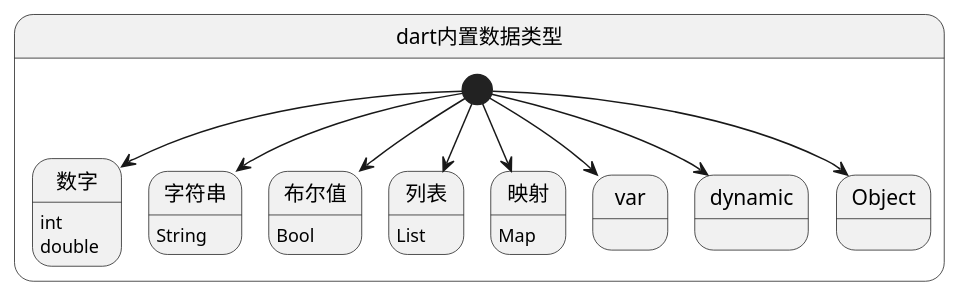
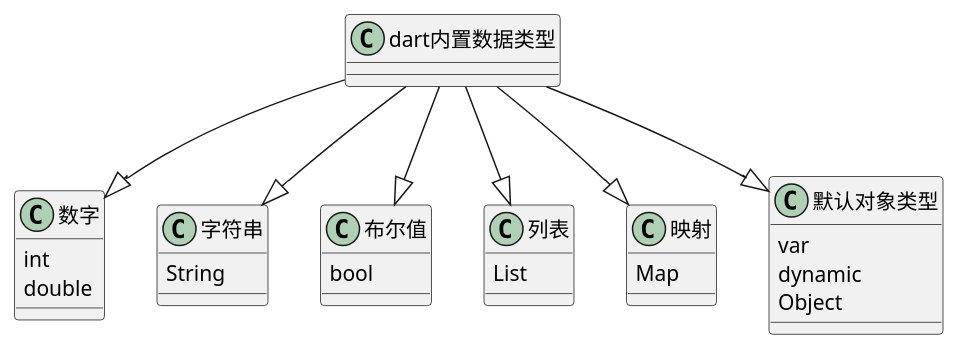
Before and after one commit to talkxin/flutter_independently: the diagram in part1/part1-1.md, drawn with PlantUML.

Commit message:
更改数据类型uml图

````diff
--- a/part1/part1-1.md
+++ b/part1/part1-1.md
@@ -45,19 +45,21 @@
 ```UML
 @startuml
-state dart内置数据类型 {
-  [*] --> 数字
-  数字 : int
-  数字 : double
-  [*] --> 字符串
-  字符串 : String
-  [*] --> 布尔值
-  布尔值 : Bool
-  [*] --> 列表
-  列表 : List
-  [*] --> 映射
-  映射 : Map
-  [*] --> var
-  [*] --> dynamic
-  [*] --> Object
-}
+dart内置数据类型 --|> 数字
+dart内置数据类型 --|> 字符串
+dart内置数据类型 --|> 布尔值
+dart内置数据类型 --|> 列表
+dart内置数据类型 --|> 映射
+dart内置数据类型 --|> 默认对象类型
+
+
+数字 : int
+数字 : double
+字符串 : String
+布尔值 : bool
+列表 : List
+映射 : Map
+默认对象类型 : var
+默认对象类型 : dynamic
+默认对象类型 : Object
+@enduml
 ```
````
